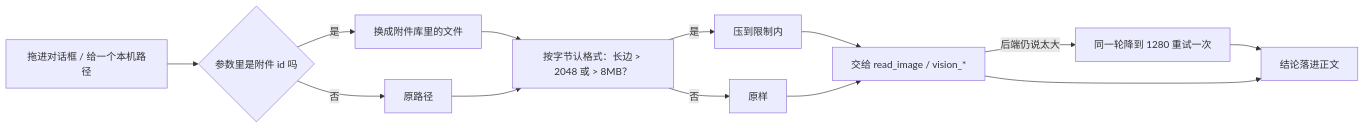
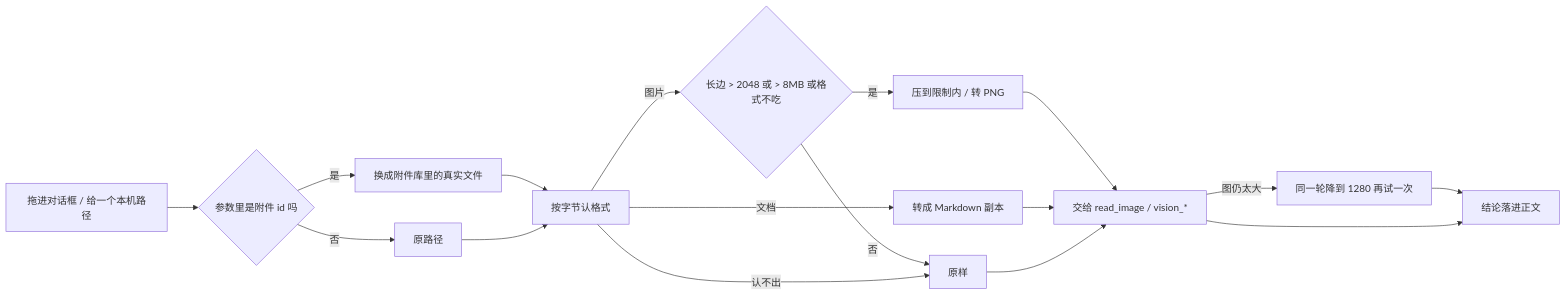
One commit to yimengsuper2432/dsh-auto-convert changed the diagram in README.md. Above: the diagram before and after it, drawn with Mermaid. The commit also changed other lines of this file and 2 other files, not shown here.

````diff
--- a/README.md
+++ b/README.md
@@ -58,15 +57,19 @@
 ```mermaid
 flowchart LR
     A["拖进对话框 / 给一个本机路径"] --> B{"参数里是附件 id 吗"}
-    B -- 是 --> C["换成附件库里的文件"]
+    B -- 是 --> C["换成附件库里的真实文件"]
     B -- 否 --> D["原路径"]
-    C --> E["按字节认格式：长边 > 2048 或 > 8MB？"]
+    C --> E["按字节认格式"]
     D --> E
-    E -- 是 --> F["压到限制内"]
-    E -- 否 --> G["原样"]
-    F --> H["交给 read_image / vision_*"]
-    G --> H
-    H -- 后端仍说太大 --> I["同一轮降到 1280 重试一次"]
-    I --> J["结论落进正文"]
+    E -- 图片 --> F{"长边 > 2048 或 > 8MB 或格式不吃"}
+    F -- 是 --> G["压到限制内 / 转 PNG"]
+    F -- 否 --> H["原样"]
+    E -- 文档 --> I["转成 Markdown 副本"]
+    E -- 认不出 --> H
+    G --> J["交给 read_image / vision_*"]
+    I --> J
     H --> J
+    J -- 图仍太大 --> K["同一轮降到 1280 再试一次"]
+    K --> L["结论落进正文"]
+    J --> L
 ```
````
